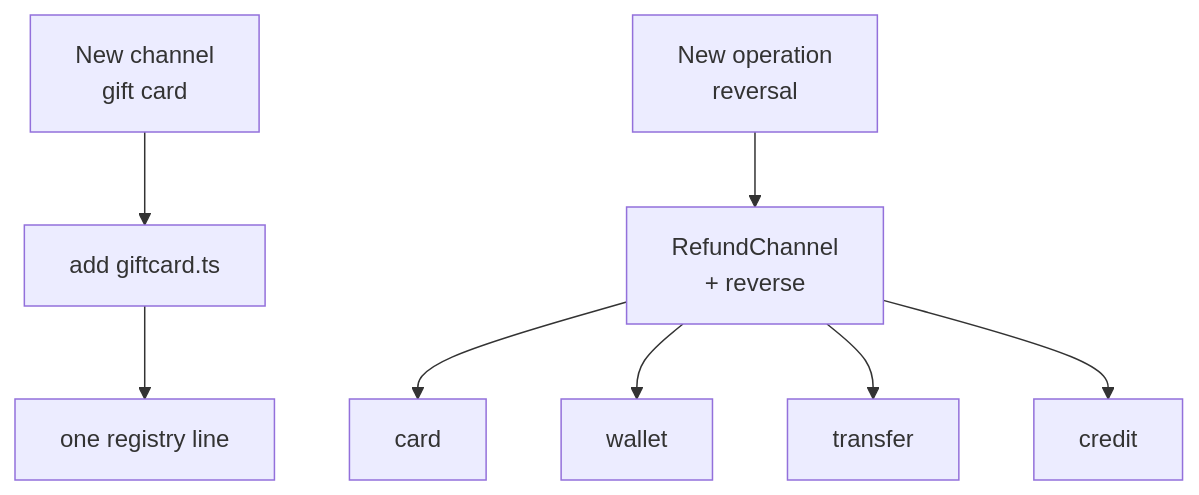
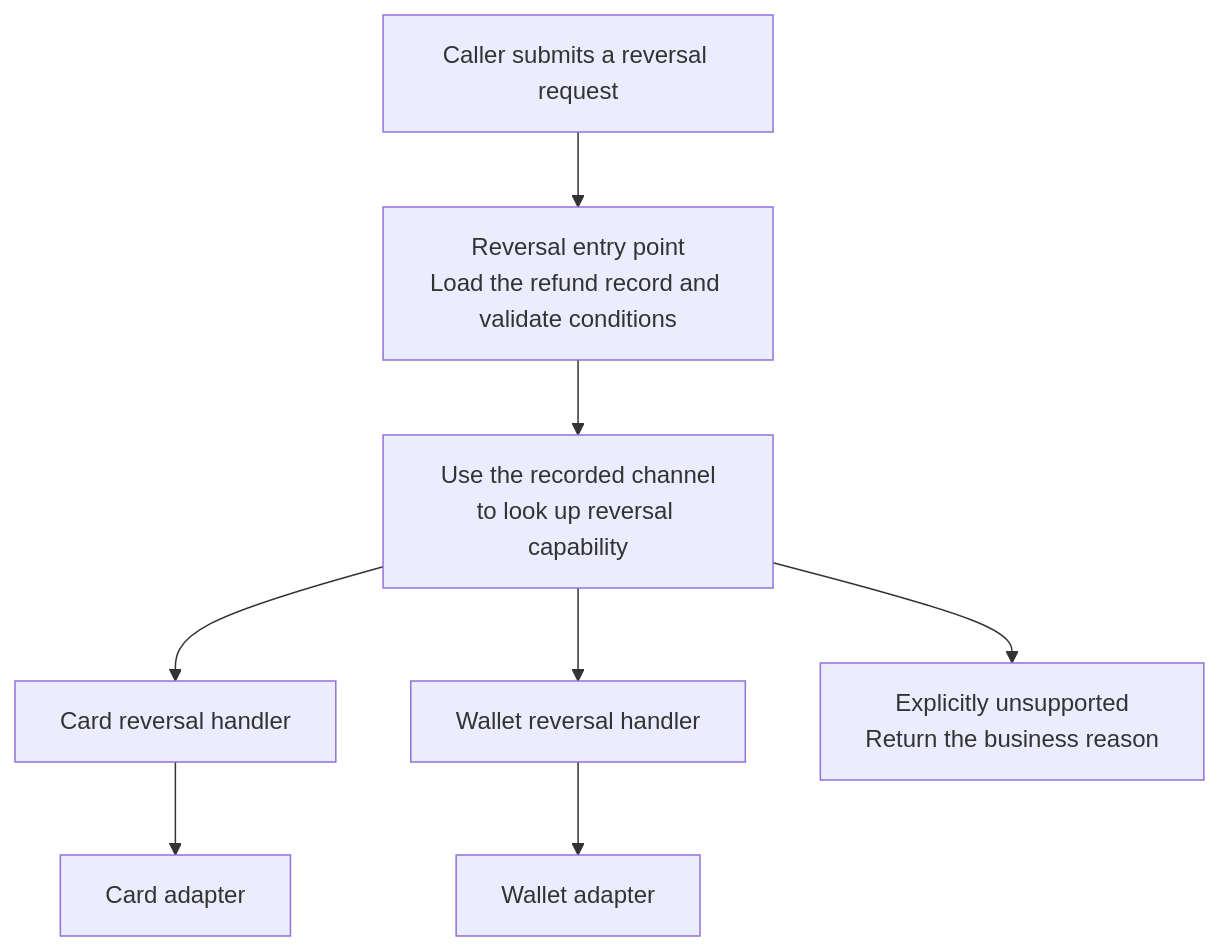
One commit to ffzz/blog changed the second of 3 diagrams in src/content/notes/en/open-closed-only-the-guessed-axis.md. Above: the diagram before and after it, drawn with Mermaid. The commit also changed other lines of this file and 3 other files, not shown here.

````diff
--- a/src/content/notes/en/open-closed-only-the-guessed-axis.md
+++ b/src/content/notes/en/open-closed-only-the-guessed-axis.md
@@ -85,10 +203,10 @@
 ```mermaid
-flowchart TB
-    A["New channel<br/>gift card"] --> B["add giftcard.ts"]
-    B --> C["one registry line"]
-    D["New operation<br/>reversal"] --> E["RefundChannel<br/>+ reverse"]
-    E --> F["card"]
-    E --> G["wallet"]
-    E --> H["transfer"]
-    E --> I["credit"]
+flowchart TD
+    A["Caller submits a reversal request"] --> B["Reversal entry point<br/>Load the refund record and validate conditions"]
+    B --> C["Use the recorded channel<br/>to look up reversal capability"]
+    C --> D["Card reversal handler"]
+    C --> E["Wallet reversal handler"]
+    C --> F["Explicitly unsupported<br/>Return the business reason"]
+    D --> G["Card adapter"]
+    E --> H["Wallet adapter"]
 ```
````
